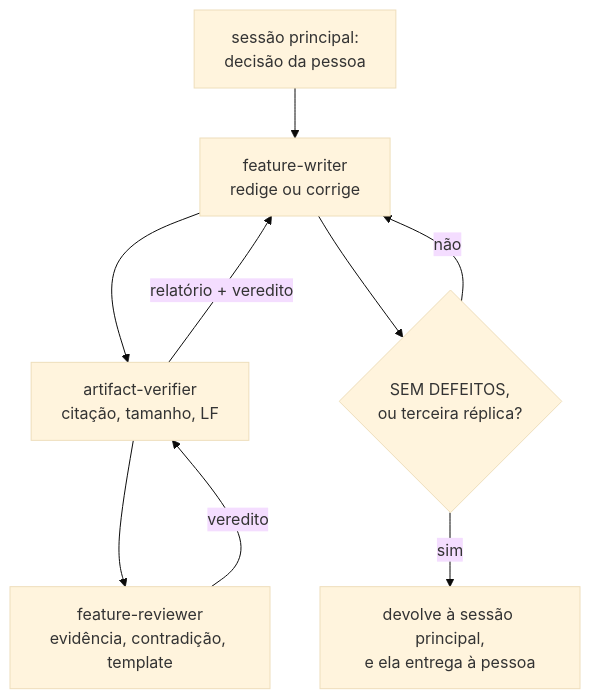
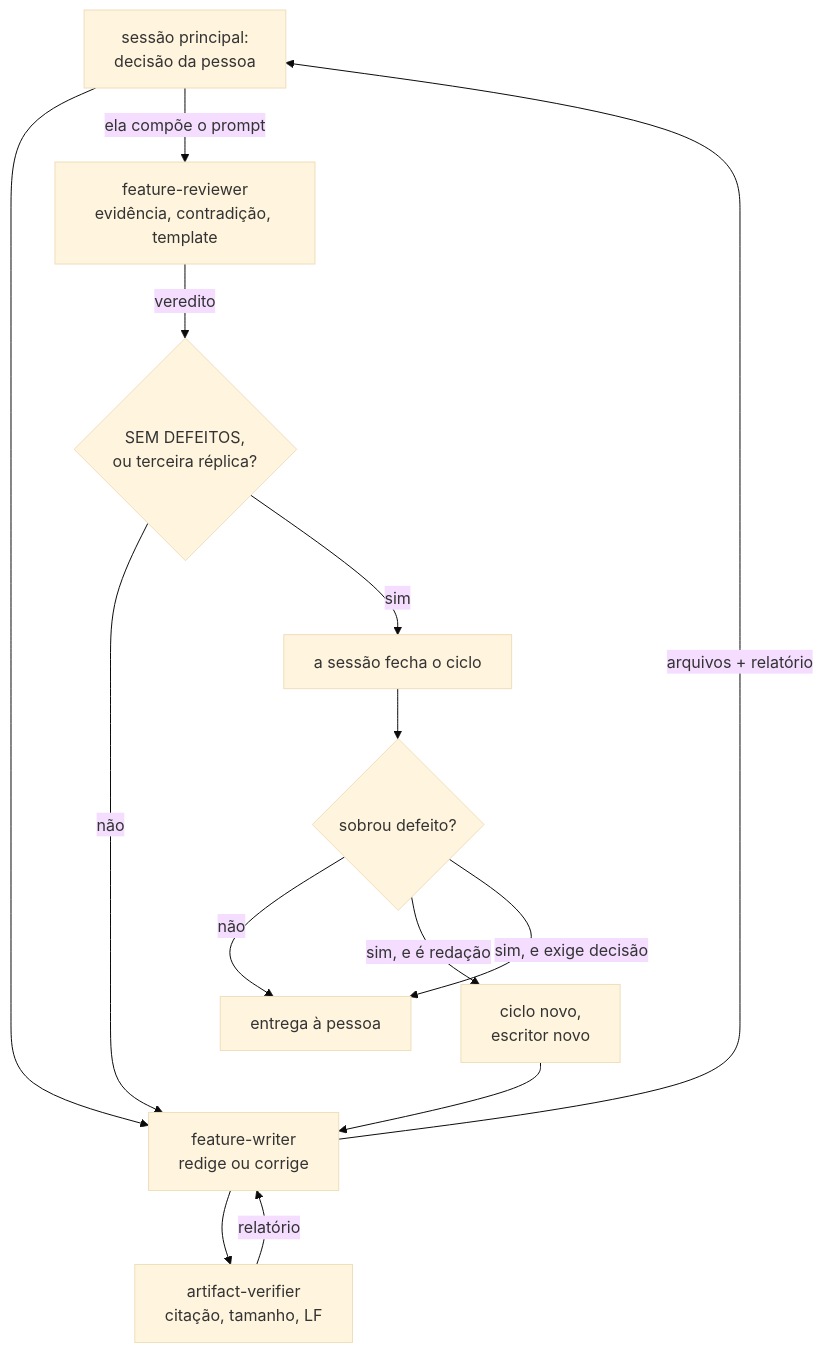
The diagram in .claude/skills/feature-planning/SKILL.md (da0hn/distributed-systems-experiment-lab), drawn with Mermaid (base theme) before and after one commit. The commit also changed other lines of this file and 3 other files, not shown here.

First line of the commit message:
docs(agentes): Devolve à sessão o acionamento do revisor

````diff
--- a/.claude/skills/feature-planning/SKILL.md
+++ b/.claude/skills/feature-planning/SKILL.md
@@ -110,11 +123,16 @@
 ```mermaid
 flowchart TD
     S["sessão principal:<br/>decisão da pessoa"] --> W["feature-writer<br/>redige ou corrige"]
     W --> V["artifact-verifier<br/>citação, tamanho, LF"]
-    V --> R["feature-reviewer<br/>evidência, contradição, template"]
-    R -->|" veredito "| V
-    V -->|" relatório + veredito "| W
-    W --> D{"SEM DEFEITOS,<br/>ou terceira réplica?"}
+    V -->|" relatório "| W
+    W -->|" arquivos + relatório "| S
+    S -->|" ela compõe o prompt "| R["feature-reviewer<br/>evidência, contradição, template"]
+    R -->|" veredito "| D{"SEM DEFEITOS,<br/>ou terceira réplica?"}
     D -->|" não "| W
-    D -->|" sim "| P["devolve à sessão principal,<br/>e ela entrega à pessoa"]
+    D -->|" sim "| P["a sessão fecha o ciclo"]
+    P --> Q{"sobrou defeito?"}
+    Q -->|" não "| F["entrega à pessoa"]
+    Q -->|" sim, e é redação "| N["ciclo novo,<br/>escritor novo"]
+    Q -->|" sim, e exige decisão "| F
+    N --> W
 ```
````
